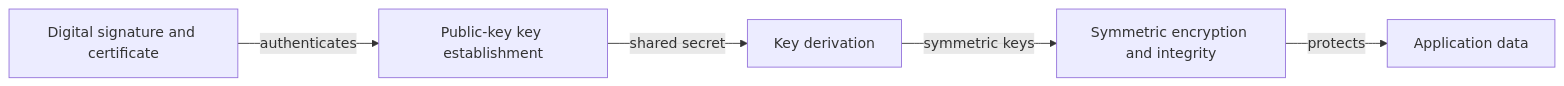
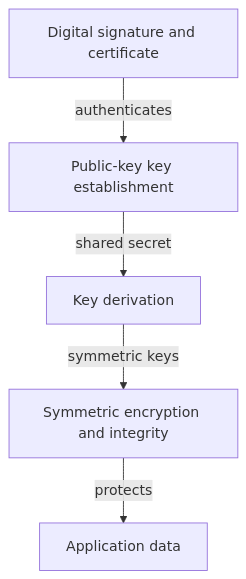
Before and after one commit to pqc-community/handbook: the diagram in docs/learn/public-key-cryptography.md, drawn with Mermaid. The commit also changed 6 other files, not shown here.

First line of the commit message:
docs(learn): make diagrams legible at page width

````diff
--- a/docs/learn/public-key-cryptography.md
+++ b/docs/learn/public-key-cryptography.md
@@ -30,7 +30,7 @@
 ```mermaid
-flowchart LR
+flowchart TD
     A[Public-key key establishment] -->|shared secret| K[Key derivation]
     K -->|symmetric keys| S[Symmetric encryption and integrity]
     S -->|protects| D[Application data]
     C[Digital signature and certificate] -->|authenticates| A
 ```
````
